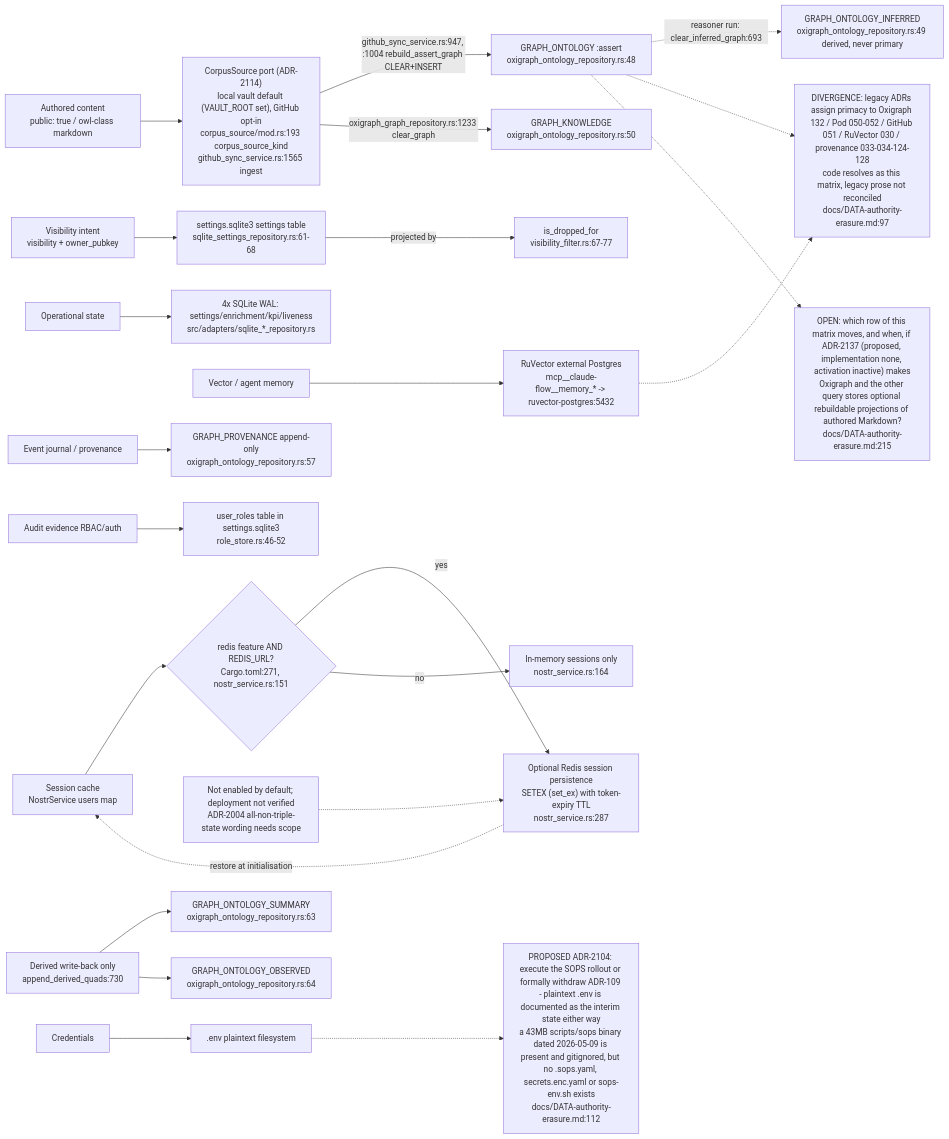
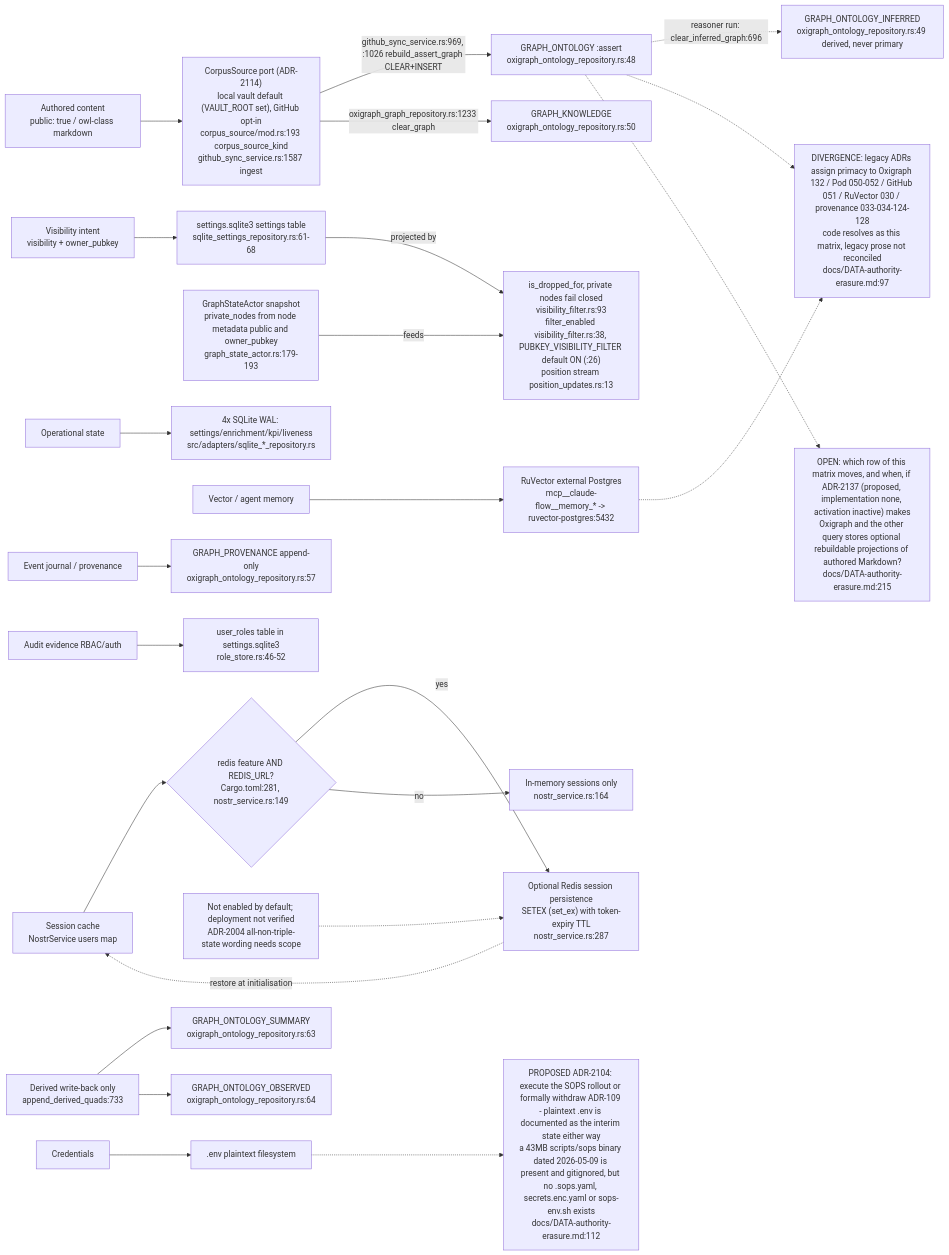
Before and after one commit to DreamLab-AI/VisionFlow: the first of 11 diagrams in docs/diagrams/visionclaw/22-data-authority-provenance-erasure.md, drawn with Mermaid. The commit also changed other lines of this file and 160 other files, not shown here.

````diff
--- a/docs/diagrams/visionclaw/22-data-authority-provenance-erasure.md
+++ b/docs/diagrams/visionclaw/22-data-authority-provenance-erasure.md
@@ -49,40 +50,41 @@
 ```mermaid
 flowchart LR
-    AuthContent["Authored content<br/>public: true / owl-class markdown"] --> CorpusSrc["CorpusSource port (ADR-2114)<br/>local vault default (VAULT_ROOT set), GitHub opt-in<br/>corpus_source/mod.rs:193 corpus_source_kind<br/>github_sync_service.rs:1565 ingest"]
-    CorpusSrc -->|"github_sync_service.rs:947, :1004 rebuild_assert_graph CLEAR+INSERT"| AssertGraph["GRAPH_ONTOLOGY :assert<br/>oxigraph_ontology_repository.rs:48"]
+    AuthContent["Authored content<br/>public: true / owl-class markdown"] --> CorpusSrc["CorpusSource port (ADR-2114)<br/>local vault default (VAULT_ROOT set), GitHub opt-in<br/>corpus_source/mod.rs:193 corpus_source_kind<br/>github_sync_service.rs:1587 ingest"]
+    CorpusSrc -->|"github_sync_service.rs:969, :1026 rebuild_assert_graph CLEAR+INSERT"| AssertGraph["GRAPH_ONTOLOGY :assert<br/>oxigraph_ontology_repository.rs:48"]
     CorpusSrc -->|"oxigraph_graph_repository.rs:1233 clear_graph"| KnowledgeGraph["GRAPH_KNOWLEDGE<br/>oxigraph_ontology_repository.rs:50"]
 
     VisIntent["Visibility intent<br/>visibility + owner_pubkey"] --> SettingsDB["settings.sqlite3 settings table<br/>sqlite_settings_repository.rs:61-68"]
-    SettingsDB -->|"projected by"| VisFilter["is_dropped_for<br/>visibility_filter.rs:67-77"]
+    SettingsDB -->|"projected by"| VisFilter["is_dropped_for, private nodes fail closed<br/>visibility_filter.rs:93<br/>filter_enabled visibility_filter.rs:38, PUBKEY_VISIBILITY_FILTER default ON (:26)<br/>position stream position_updates.rs:13"]
+    GraphActor["GraphStateActor snapshot<br/>private_nodes from node metadata public and owner_pubkey<br/>graph_state_actor.rs:179-193"] -->|"feeds"| VisFilter
 
-    AssertGraph -.->|"reasoner run: clear_inferred_graph:693"| InferredGraph["GRAPH_ONTOLOGY_INFERRED<br/>oxigraph_ontology_repository.rs:49 derived, never primary"]
+    AssertGraph -.->|"reasoner run: clear_inferred_graph:696"| InferredGraph["GRAPH_ONTOLOGY_INFERRED<br/>oxigraph_ontology_repository.rs:49 derived, never primary"]
 
     OpState["Operational state"] --> SqliteFour["4x SQLite WAL: settings/enrichment/kpi/liveness<br/>src/adapters/sqlite_*_repository.rs"]
 
     VectorMem["Vector / agent memory"] --> RuVector["RuVector external Postgres<br/>mcp__claude-flow__memory_* -> ruvector-postgres:5432"]
 
     EventJournal["Event journal / provenance"] --> ProvGraph["GRAPH_PROVENANCE append-only<br/>oxigraph_ontology_repository.rs:57"]
 
     AuditRBAC["Audit evidence RBAC/auth"] --> RoleTable["user_roles table in settings.sqlite3<br/>role_store.rs:46-52"]
 
-    Sessions["Session cache<br/>NostrService users map"] --> RedisGate{"redis feature AND REDIS_URL?<br/>Cargo.toml:271, nostr_service.rs:151"}
+    Sessions["Session cache<br/>NostrService users map"] --> RedisGate{"redis feature AND REDIS_URL?<br/>Cargo.toml:281, nostr_service.rs:149"}
     RedisGate -->|yes| Redis["Optional Redis session persistence<br/>SETEX (set_ex) with token-expiry TTL<br/>nostr_service.rs:287"]
     RedisGate -->|no| Memory["In-memory sessions only<br/>nostr_service.rs:164"]
     Redis -.->|"restore at initialisation"| Sessions
     RedisScope["Not enabled by default; deployment not verified<br/>ADR-2004 all-non-triple-state wording needs scope"] -.-> Redis
 
     Credentials["Credentials"] --> DotEnv[".env plaintext filesystem"]
 
-    DerivedWB["Derived write-back only<br/>append_derived_quads:730"] --> SummaryGraph["GRAPH_ONTOLOGY_SUMMARY<br/>oxigraph_ontology_repository.rs:63"]
+    DerivedWB["Derived write-back only<br/>append_derived_quads:733"] --> SummaryGraph["GRAPH_ONTOLOGY_SUMMARY<br/>oxigraph_ontology_repository.rs:63"]
     DerivedWB --> ObservedGraph["GRAPH_ONTOLOGY_OBSERVED<br/>oxigraph_ontology_repository.rs:64"]
 
     DivLegacy["DIVERGENCE: legacy ADRs assign primacy to Oxigraph 132 / Pod 050-052 / GitHub 051 / RuVector 030 / provenance 033-034-124-128<br/>code resolves as this matrix, legacy prose not reconciled<br/>docs/DATA-authority-erasure.md:97"]
     AssertGraph -.-> DivLegacy
     RuVector -.-> DivLegacy
 
     DivCreds["PROPOSED ADR-2104: execute the SOPS rollout or formally withdraw ADR-109 - plaintext .env is documented as the interim state either way<br/>a 43MB scripts/sops binary dated 2026-05-09 is present and gitignored, but no .sops.yaml, secrets.enc.yaml or sops-env.sh exists<br/>docs/DATA-authority-erasure.md:112"]
     DotEnv -.-> DivCreds
 
     DivWorkspace["OPEN: which row of this matrix moves, and when, if ADR-2137 (proposed, implementation none, activation inactive) makes<br/>Oxigraph and the other query stores optional rebuildable projections of authored Markdown?<br/>docs/DATA-authority-erasure.md:215"]
     AssertGraph -.-> DivWorkspace
 ```
````
